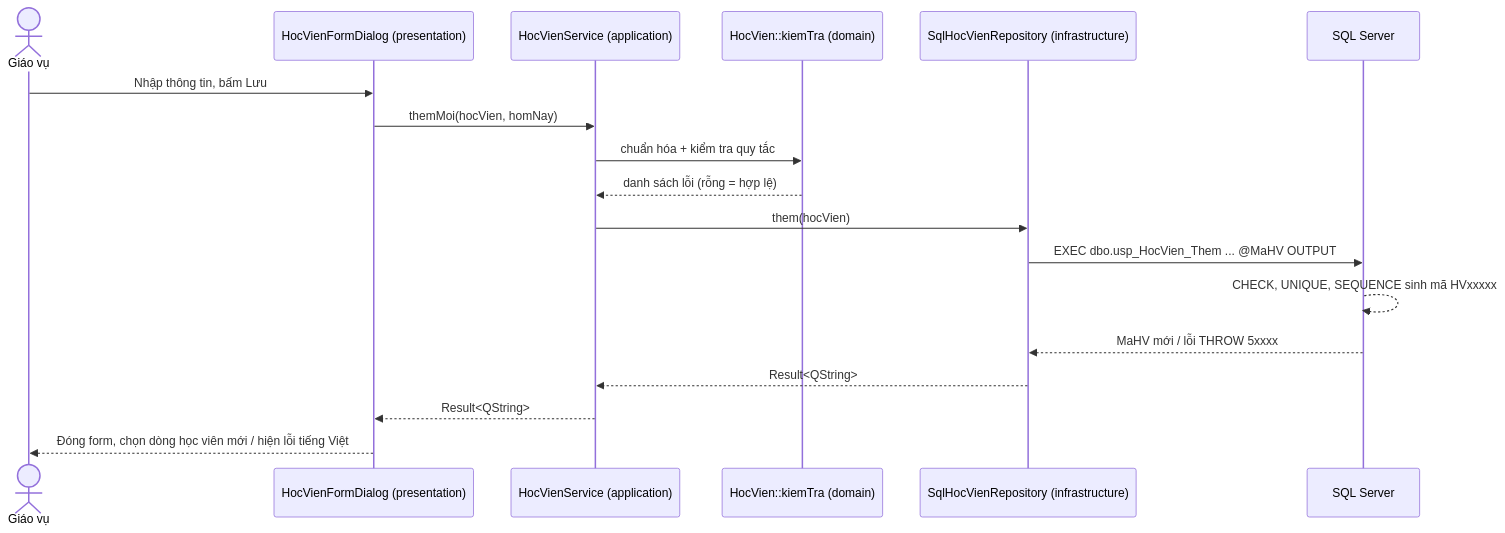
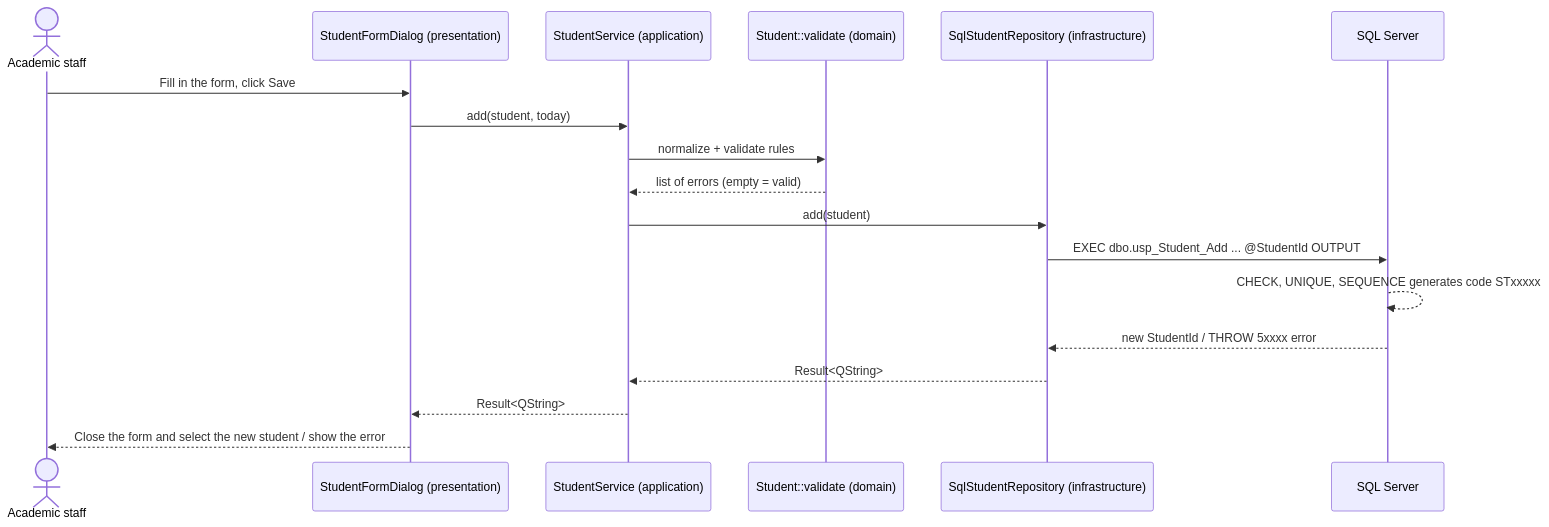
Before and after one commit to nhutruong-uit/imcp: the second of 2 diagrams in docs/ARCHITECTURE.md, drawn with Mermaid. The commit also changed other lines of this file and 15 other files, not shown here.

First line of the commit message:
docs: English documentation and Claude Code rules for the English database

````diff
--- a/docs/ARCHITECTURE.md
+++ b/docs/ARCHITECTURE.md
@@ -42,21 +53,21 @@
 ```mermaid
 sequenceDiagram
-    actor GV as Giáo vụ
-    participant F as HocVienFormDialog (presentation)
-    participant S as HocVienService (application)
-    participant H as HocVien::kiemTra (domain)
-    participant R as SqlHocVienRepository (infrastructure)
+    actor U as Academic staff
+    participant F as StudentFormDialog (presentation)
+    participant S as StudentService (application)
+    participant V as Student::validate (domain)
+    participant R as SqlStudentRepository (infrastructure)
     participant DB as SQL Server
 
-    GV->>F: Nhập thông tin, bấm Lưu
-    F->>S: themMoi(hocVien, homNay)
-    S->>H: chuẩn hóa + kiểm tra quy tắc
-    H-->>S: danh sách lỗi (rỗng = hợp lệ)
-    S->>R: them(hocVien)
-    R->>DB: EXEC dbo.usp_HocVien_Them ... @MaHV OUTPUT
-    DB-->>DB: CHECK, UNIQUE, SEQUENCE sinh mã HVxxxxx
-    DB-->>R: MaHV mới / lỗi THROW 5xxxx
+    U->>F: Fill in the form, click Save
+    F->>S: add(student, today)
+    S->>V: normalize + validate rules
+    V-->>S: list of errors (empty = valid)
+    S->>R: add(student)
+    R->>DB: EXEC dbo.usp_Student_Add ... @StudentId OUTPUT
+    DB-->>DB: CHECK, UNIQUE, SEQUENCE generates code STxxxxx
+    DB-->>R: new StudentId / THROW 5xxxx error
     R-->>S: Result<QString>
     S-->>F: Result<QString>
-    F-->>GV: Đóng form, chọn dòng học viên mới / hiện lỗi tiếng Việt
+    F-->>U: Close the form and select the new student / show the error
 ```
````
